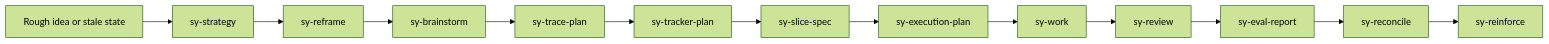
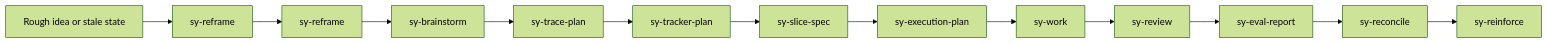
Before and after one commit to jscraik/Agent-Skills: the diagram in Plugins/synaipse-harness/README.md, drawn with Mermaid (forest theme). The commit also changed other lines of this file and 423 other files, not shown here.

````diff
--- a/Plugins/synaipse-harness/README.md
+++ b/Plugins/synaipse-harness/README.md
@@ -46,15 +46,15 @@
 ```mermaid
 flowchart LR
-  A["Rough idea or stale state"] --> B["sy-strategy"]
+  A["Rough idea or stale state"] --> B["sy-reframe"]
   B --> C["sy-reframe"]
   C --> D["sy-brainstorm"]
   D --> E["sy-trace-plan"]
   E --> F["sy-tracker-plan"]
   F --> G["sy-slice-spec"]
   G --> H["sy-execution-plan"]
   H --> I["sy-work"]
   I --> J["sy-review"]
   J --> K["sy-eval-report"]
   K --> L["sy-reconcile"]
   L --> M["sy-reinforce"]
 ```
````
